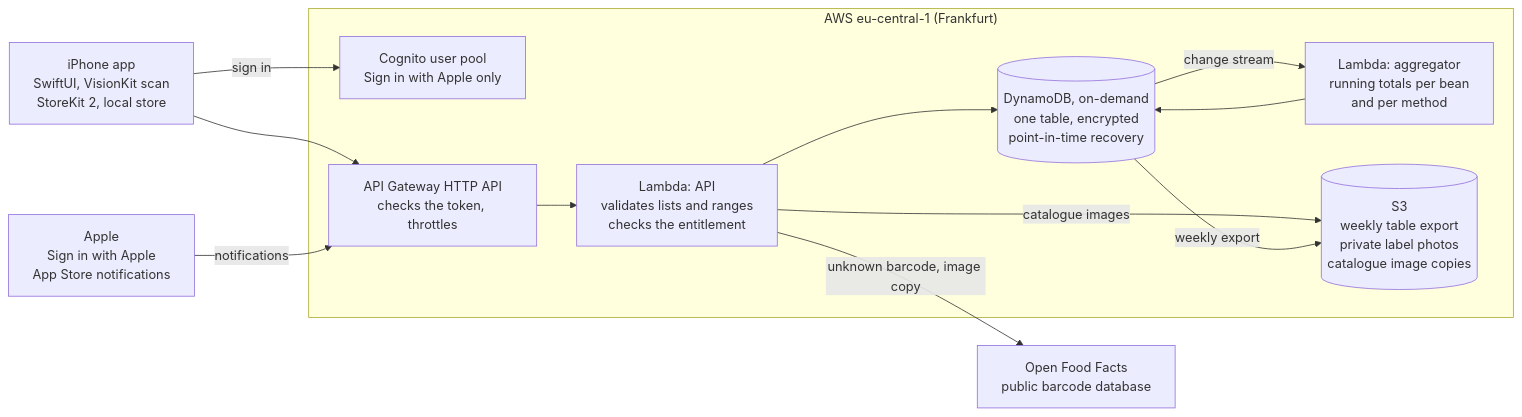
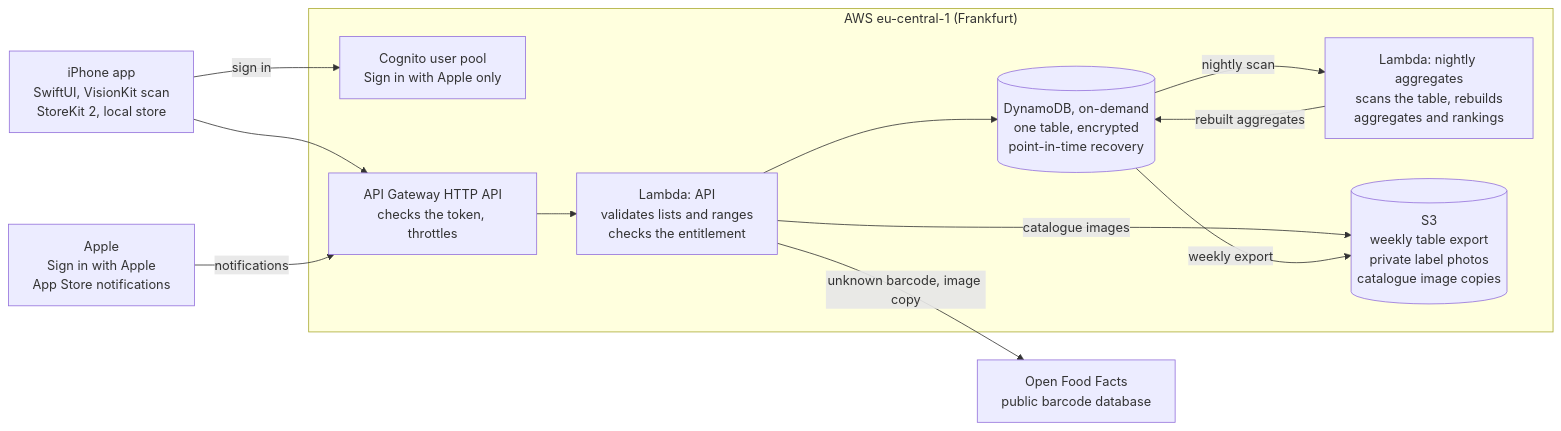
Before and after one commit to UrsSchweigert/TheTasteOfCoffee: the diagram in docs/05-system-design.md, drawn with Mermaid. The commit also changed other lines of this file and 10 other files, not shown here.

````diff
--- a/docs/05-system-design.md
+++ b/docs/05-system-design.md
@@ -5,26 +5,26 @@
 ```mermaid
 flowchart LR
   app["iPhone app<br/>SwiftUI, VisionKit scan<br/>StoreKit 2, local store"]
   off["Open Food Facts<br/>public barcode database"]
   apple["Apple<br/>Sign in with Apple<br/>App Store notifications"]
 
   subgraph aws["AWS eu-central-1 (Frankfurt)"]
     cognito["Cognito user pool<br/>Sign in with Apple only"]
     gw["API Gateway HTTP API<br/>checks the token, throttles"]
     api["Lambda: API<br/>validates lists and ranges<br/>checks the entitlement"]
     ddb[("DynamoDB, on-demand<br/>one table, encrypted<br/>point-in-time recovery")]
-    agg["Lambda: aggregator<br/>running totals per bean<br/>and per method"]
+    agg["Lambda: nightly aggregates<br/>scans the table, rebuilds<br/>aggregates and rankings"]
     s3[("S3<br/>weekly table export<br/>private label photos<br/>catalogue image copies")]
   end
 
   app -- sign in --> cognito
   app --> gw
   apple -- notifications --> gw
   gw --> api
   api --> ddb
   api -- unknown barcode, image copy --> off
   api -- catalogue images --> s3
-  ddb -- change stream --> agg
-  agg --> ddb
+  ddb -- nightly scan --> agg
+  agg -- rebuilt aggregates --> ddb
   ddb -- weekly export --> s3
 ```
````
